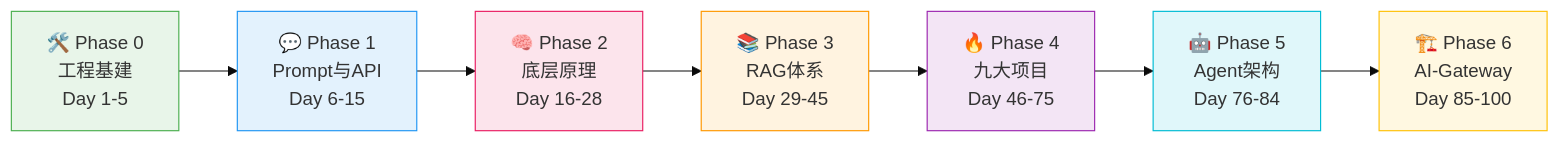
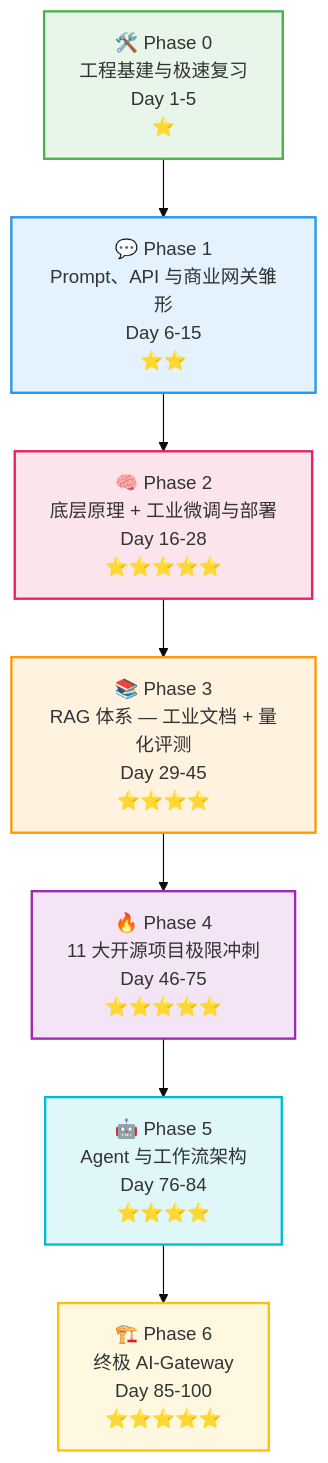
One commit to gyc-chenxi/llm-fullstack-dev-roadmap changed the first of 2 diagrams in README.md. Above: the diagram before and after it, drawn with Mermaid (base theme). The commit also changed other lines of this file, not shown here.

````diff
--- a/README.md
+++ b/README.md
@@ -45,17 +60,17 @@
 ```mermaid
-graph LR
-    A[🛠️ Phase 0<br>工程基建<br>Day 1-5] --> B[💬 Phase 1<br>Prompt与API<br>Day 6-15]
-    B --> C[🧠 Phase 2<br>底层原理<br>Day 16-28]
-    C --> D[📚 Phase 3<br>RAG体系<br>Day 29-45]
-    D --> E[🔥 Phase 4<br>九大项目<br>Day 46-75]
-    E --> F[🤖 Phase 5<br>Agent架构<br>Day 76-84]
-    F --> G[🏗️ Phase 6<br>AI-Gateway<br>Day 85-100]
+graph TB
+    A["🛠️ Phase 0<br/>工程基建与极速复习<br/>Day 1-5<br/>⭐"] --> B["💬 Phase 1<br/>Prompt、API 与商业网关雏形<br/>Day 6-15<br/>⭐⭐"]
+    B --> C["🧠 Phase 2<br/>底层原理 + 工业微调与部署<br/>Day 16-28<br/>⭐⭐⭐⭐⭐"]
+    C --> D["📚 Phase 3<br/>RAG 体系 — 工业文档 + 量化评测<br/>Day 29-45<br/>⭐⭐⭐⭐"]
+    D --> E["🔥 Phase 4<br/>11 大开源项目极限冲刺<br/>Day 46-75<br/>⭐⭐⭐⭐⭐"]
+    E --> F["🤖 Phase 5<br/>Agent 与工作流架构<br/>Day 76-84<br/>⭐⭐⭐⭐"]
+    F --> G["🏗️ Phase 6<br/>终极 AI-Gateway<br/>Day 85-100<br/>⭐⭐⭐⭐⭐"]
 
-    style A fill:#e8f5e9,stroke:#4caf50
-    style B fill:#e3f2fd,stroke:#2196f3
-    style C fill:#fce4ec,stroke:#e91e63
-    style D fill:#fff3e0,stroke:#ff9800
-    style E fill:#f3e5f5,stroke:#9c27b0
-    style F fill:#e0f7fa,stroke:#00bcd4
-    style G fill:#fff8e1,stroke:#ffc107
+    style A fill:#e8f5e9,stroke:#4caf50,stroke-width:2px
+    style B fill:#e3f2fd,stroke:#2196f3,stroke-width:2px
+    style C fill:#fce4ec,stroke:#e91e63,stroke-width:2px
+    style D fill:#fff3e0,stroke:#ff9800,stroke-width:2px
+    style E fill:#f3e5f5,stroke:#9c27b0,stroke-width:2px
+    style F fill:#e0f7fa,stroke:#00bcd4,stroke-width:2px
+    style G fill:#fff8e1,stroke:#ffc107,stroke-width:2px
 ```
````
